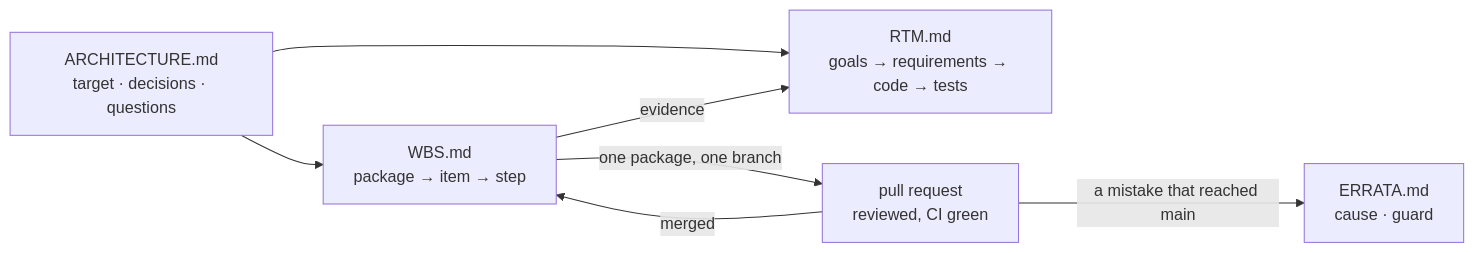
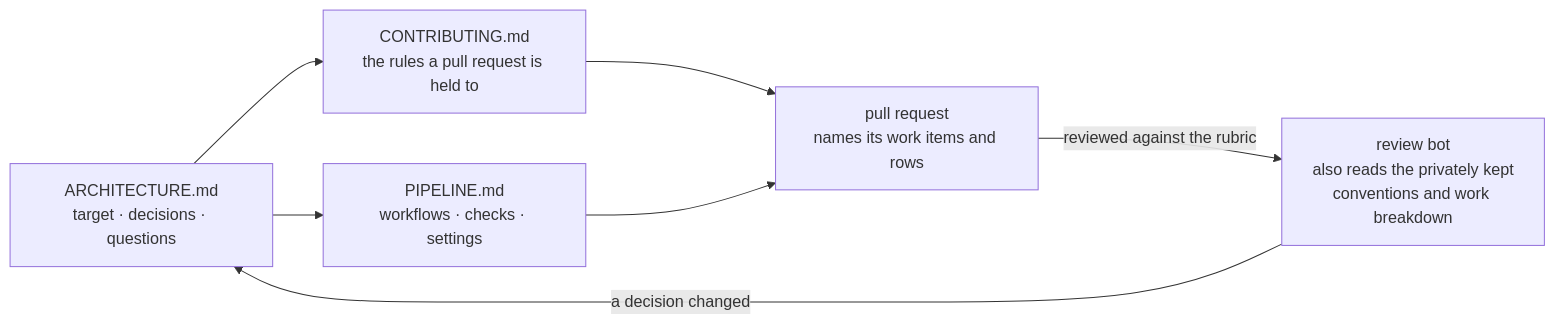
Before and after one commit to Aptix-Bio/Iris-Headers: the diagram in development/README.md, drawn with Mermaid. The commit also changed other lines of this file and 25 other files, not shown here.

````diff
--- a/development/README.md
+++ b/development/README.md
@@ -24,9 +23,9 @@
 ```mermaid
 flowchart LR
-    ARCH["ARCHITECTURE.md<br/>target · decisions · questions"] --> WBS["WBS.md<br/>package → item → step"]
-    ARCH --> RTM["RTM.md<br/>goals → requirements → code → tests"]
-    WBS -->|"evidence"| RTM
-    WBS -->|"one package, one branch"| PR["pull request<br/>reviewed, CI green"]
-    PR -->|"a mistake that reached main"| ERR["ERRATA.md<br/>cause · guard"]
-    PR -->|"merged"| WBS
+    ARCH["ARCHITECTURE.md<br/>target · decisions · questions"] --> CON["CONTRIBUTING.md<br/>the rules a pull request is held to"]
+    ARCH --> PIPE["PIPELINE.md<br/>workflows · checks · settings"]
+    CON --> PR["pull request<br/>names its work items and rows"]
+    PIPE --> PR
+    PR -->|"reviewed against the rubric"| BOT["review bot<br/>also reads the privately kept<br/>conventions and work breakdown"]
+    BOT -->|"a decision changed"| ARCH
 ```
````
